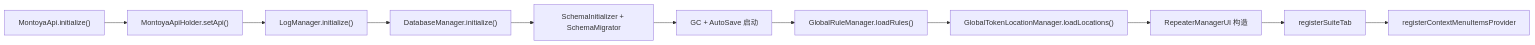
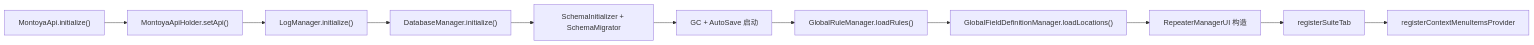
One commit to GitHubNull/repeaterManger changed the second of 28 diagrams in doc/data_flow_analysis.md. Above: the diagram before and after it, drawn with Mermaid. The commit also changed other lines of this file and 72 other files, not shown here.

First line of the commit message:
feat(privilege): TokenScheme/TokenLocation 重构为 Scheme/FieldDefinition 体系

````diff
--- a/doc/data_flow_analysis.md
+++ b/doc/data_flow_analysis.md
@@ -123,13 +123,13 @@
 ```mermaid
 graph LR
     A["MontoyaApi.initialize()"] --> B["MontoyaApiHolder.setApi()"]
     B --> C["LogManager.initialize()"]
     C --> D["DatabaseManager.initialize()"]
     D --> E["SchemaInitializer + SchemaMigrator"]
     E --> F["GC + AutoSave 启动"]
     F --> G["GlobalRuleManager.loadRules()"]
-    G --> H["GlobalTokenLocationManager.loadLocations()"]
+    G --> H["GlobalFieldDefinitionManager.loadLocations()"]
     H --> I["RepeaterManagerUI 构造"]
     I --> J["registerSuiteTab"]
     J --> K["registerContextMenuItemsProvider"]
 ```
````
